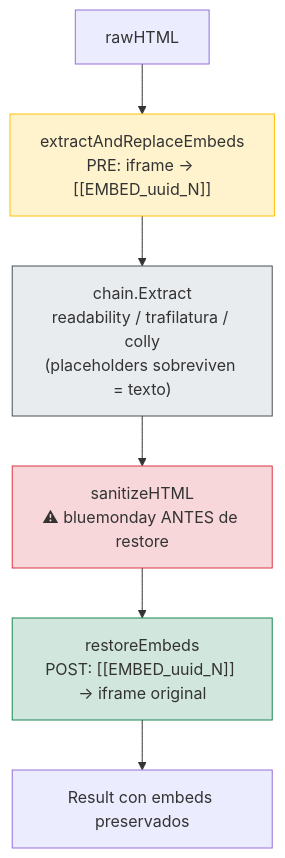
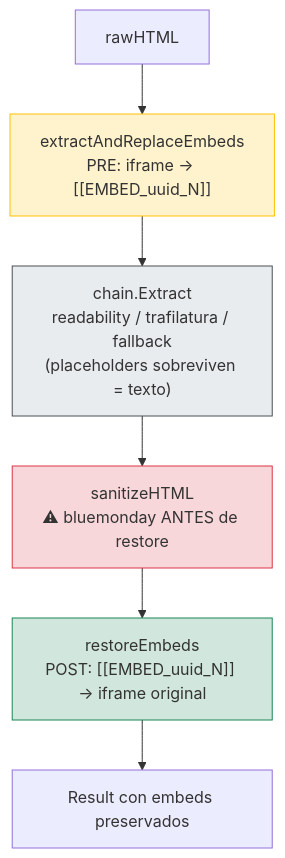
One commit to aluknot/scraper-lib changed the fourth of 7 diagrams in docs/diagrams.md. Above: the diagram before and after it, drawn with Mermaid. The commit also changed other lines of this file and 7 other files, not shown here.

First line of the commit message:
docs: update all colly references to fallback in documentation

````diff
--- a/docs/diagrams.md
+++ b/docs/diagrams.md
@@ -122,17 +122,17 @@
 ```mermaid
 flowchart TD
     HTML["rawHTML"] --> E["extractAndReplaceEmbeds\nPRE: iframe → [[EMBED_uuid_N]]"]
-    E --> CH["chain.Extract\nreadability / trafilatura / colly\n(placeholders sobreviven = texto)"]
+    E --> CH["chain.Extract\nreadability / trafilatura / fallback\n(placeholders sobreviven = texto)"]
     CH --> SA["sanitizeHTML\n⚠ bluemonday ANTES de restore"]
     SA --> RE["restoreEmbeds\nPOST: [[EMBED_uuid_N]] → iframe original"]
     RE --> OUT["Result con embeds preservados"]
 
     classDef pre fill:#fff3cd,stroke:#ffc107
     classDef chain fill:#e9ecef,stroke:#495057
     classDef warn fill:#f8d7da,stroke:#dc3545
     classDef post fill:#d1e7dd,stroke:#198754
     class E pre
     class CH chain
     class SA warn
     class RE post
 ```
````
